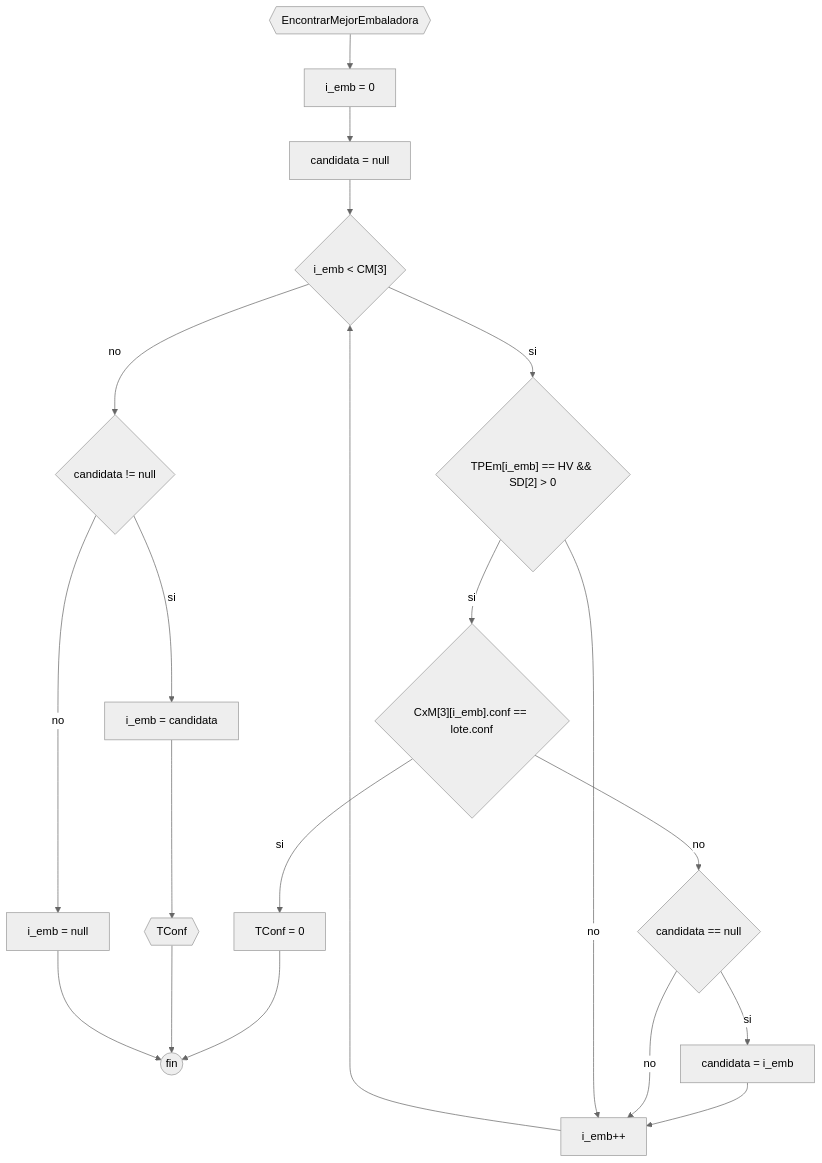
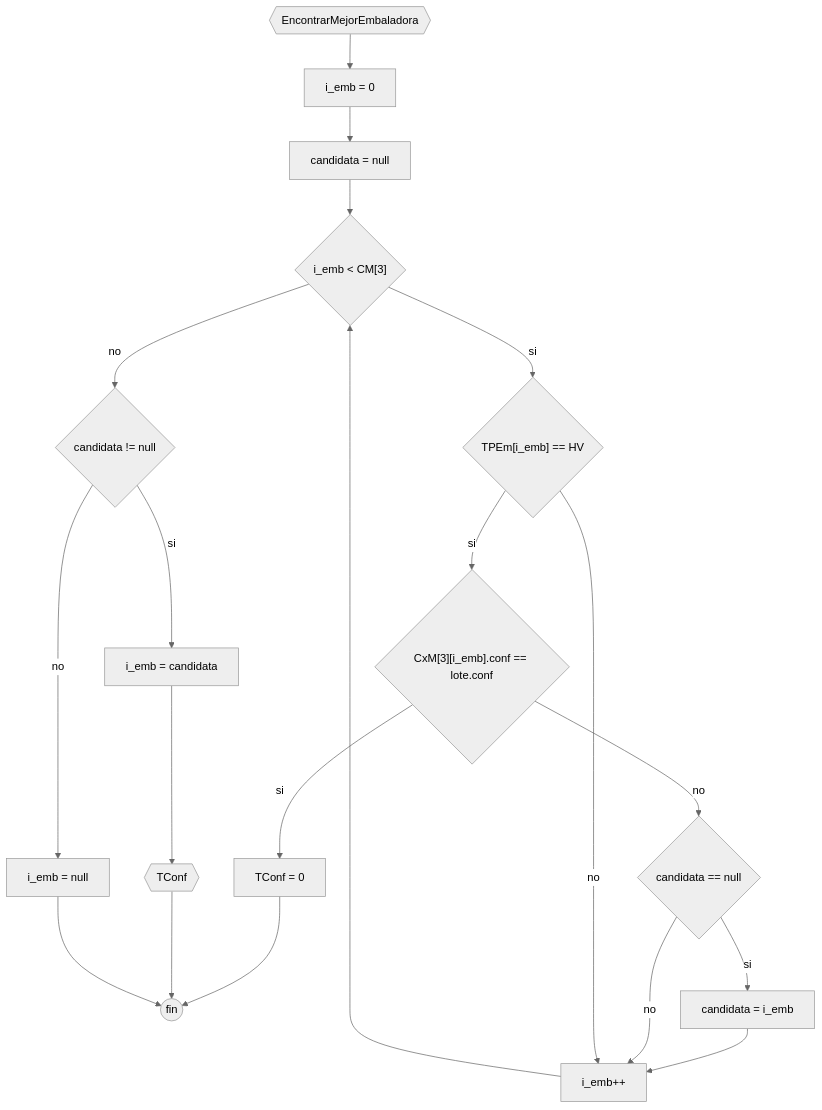
One commit to JuanManuelPrividera/TP-Simu changed the diagram in docs/Diagramas/qa/EncontrarMejorEmbaladora.mermaid. Above: the diagram before and after it, drawn with Mermaid (neutral theme). The commit also changed 32 other files, not shown here.

```diff
--- a/docs/Diagramas/qa/EncontrarMejorEmbaladora.mermaid
+++ b/docs/Diagramas/qa/EncontrarMejorEmbaladora.mermaid
@@ -1,14 +1,14 @@
 flowchart TD
 a0{{EncontrarMejorEmbaladora}} --> a1["i_emb = 0"]
 a1 --> a2["candidata = null"]
 a2 --> a3{"i_emb < CM[3]"}
-a3 --> |si| a4{"TPEm[i_emb] == HV && SD[2] > 0"}
+a3 --> |si| a4{"TPEm[i_emb] == HV"}
 a4 --> |si| a5{"CxM[3][i_emb].conf == lote.conf"}
 a5 --> |si| b1[TConf = 0] --> fin((fin))
 a5 --> |no| c{"candidata == null"}
 c --> |si| d["candidata = i_emb"] --> e["i_emb++"] --> a3
 c --> |no| e
 a4 --> |no| e
 a3 --> |no| f{"candidata != null"}
 f --> |si| g["i_emb = candidata"] --> h{{TConf}} --> fin
 f --> |no| k["i_emb = null"] --> fin
```
